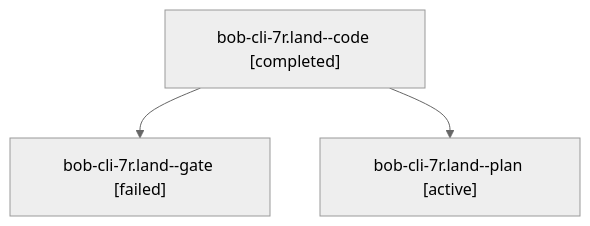
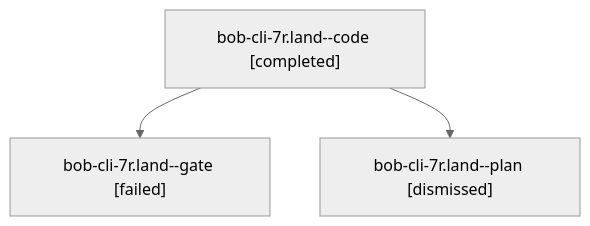
One commit to bobs-org/bob-cli--agents changed the diagram in sessions/bbugyi200.athena.bob-cli-7r.land.md. Above: the diagram before and after it, drawn with Mermaid (neutral theme). The commit also changed other lines of this file and 116 other files, not shown here.

````diff
--- a/sessions/bbugyi200.athena.bob-cli-7r.land.md
+++ b/sessions/bbugyi200.athena.bob-cli-7r.land.md
@@ -9,8 +9,8 @@
 ```mermaid
 flowchart TD
   n0["bob-cli-7r.land--code [completed]"]
   n1["bob-cli-7r.land--gate [failed]"]
   n0 --> n1
-  n2["bob-cli-7r.land--plan [active]"]
+  n2["bob-cli-7r.land--plan [dismissed]"]
   n0 --> n2
 ```
````
